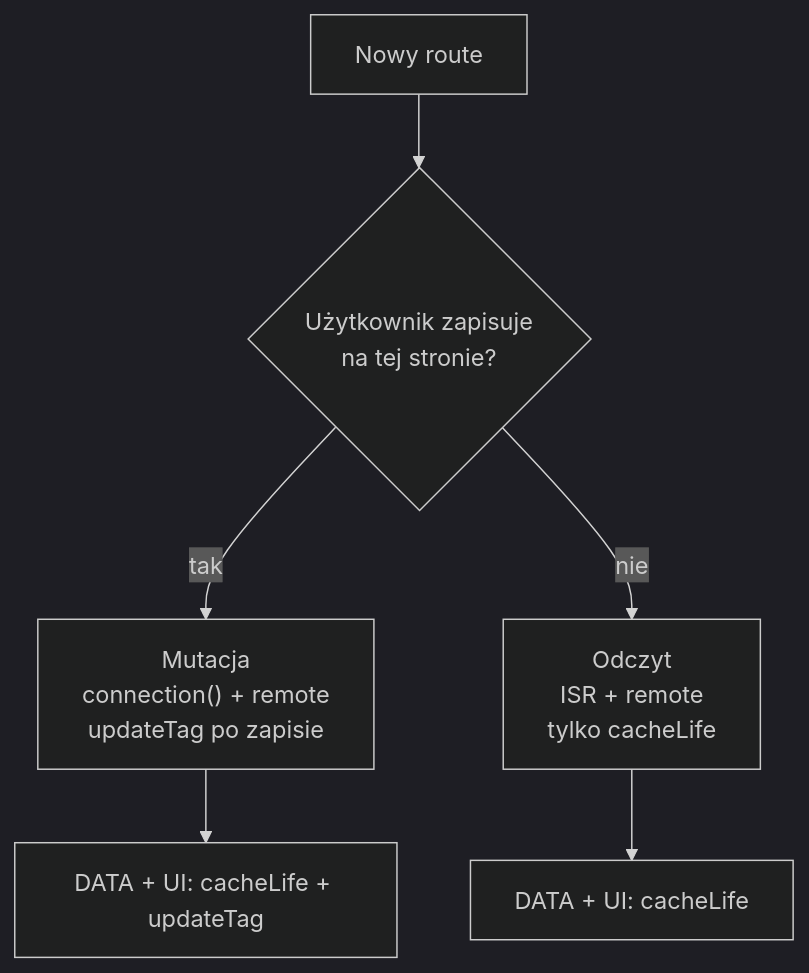
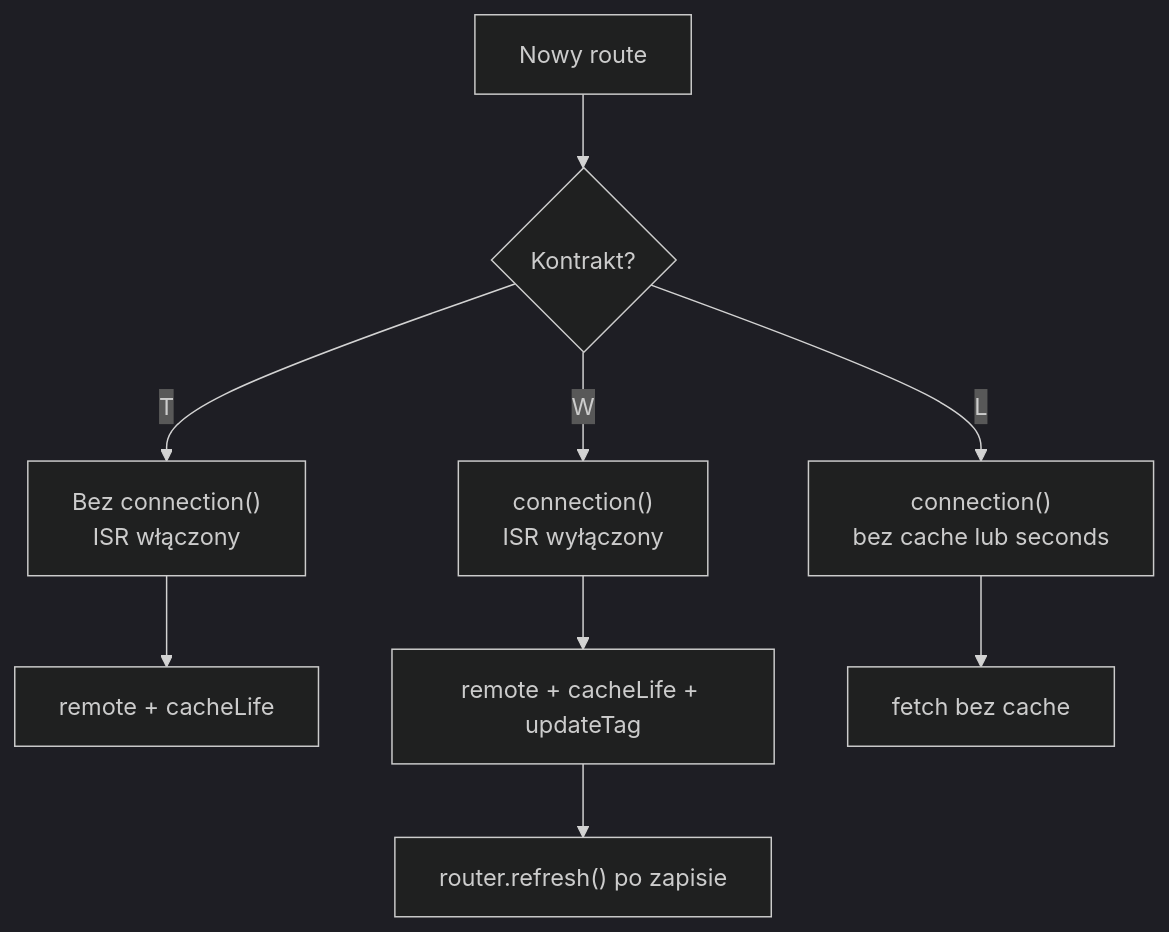
One commit to Regnar110/cursor-playground changed the eighth of 8 diagrams in apps/tmeNext/docs/STRATEGIA-CACHE.md. Above: the diagram before and after it, drawn with Mermaid (dark theme). The commit also changed other lines of this file, not shown here.

First line of the commit message:
docs(tmeNext): przepisz strategię cache — kontrakt świeżości T/W/L

````diff
--- a/apps/tmeNext/docs/STRATEGIA-CACHE.md
+++ b/apps/tmeNext/docs/STRATEGIA-CACHE.md
@@ -310,9 +559,13 @@
 ```mermaid
 flowchart TD
-    START["Nowy route"] --> Q1{"Użytkownik zapisuje\nna tej stronie?"}
-    Q1 -- tak --> MUT["Mutacja\nconnection() + remote\nupdateTag po zapisie"]
-    Q1 -- nie --> READ["Odczyt\nISR + remote\ntylko cacheLife"]
+    NEW["Nowy route"] --> C{"Kontrakt?"}
 
-    MUT --> D1["DATA + UI: cacheLife + updateTag"]
-    READ --> D2["DATA + UI: cacheLife"]
+    C -- T --> T1["Bez connection()\nISR włączony"]
+    C -- W --> W1["connection()\nISR wyłączony"]
+    C -- L --> L1["connection()\nbez cache lub seconds"]
+
+    T1 --> T2["remote + cacheLife"]
+    W1 --> W2["remote + cacheLife + updateTag"]
+    W2 --> W3["router.refresh() po zapisie"]
+    L1 --> L2["fetch bez cache"]
 ```
````
